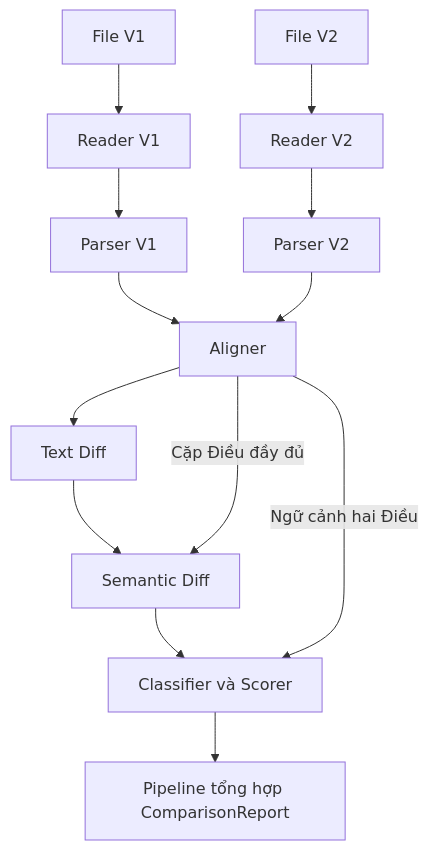
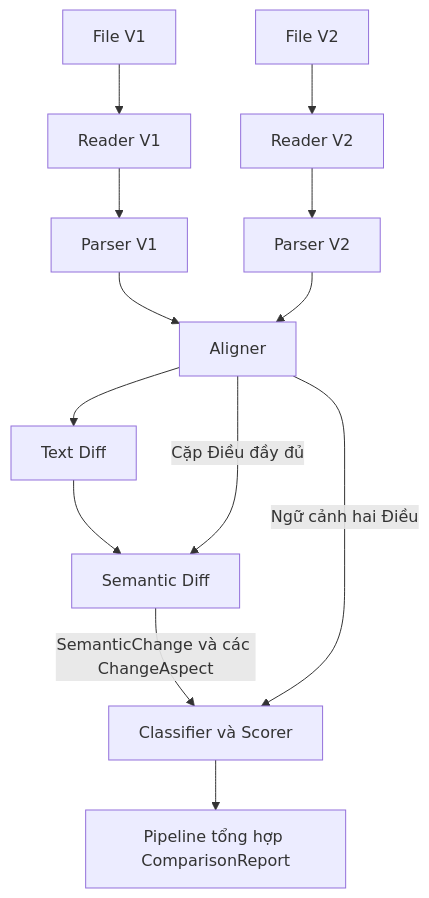
The second of 2 diagrams in docs/architecture.md (Lyra1603/group4_legal_document_change_detection), drawn with Mermaid before and after one commit. The commit also changed other lines of this file and 5 other files, not shown here.

````diff
--- a/docs/architecture.md
+++ b/docs/architecture.md
@@ -101,15 +103,15 @@
 ```mermaid
 flowchart TD
     V1["File V1"] --> R1["Reader V1"]
     V2["File V2"] --> R2["Reader V2"]
     R1 --> P1["Parser V1"]
     R2 --> P2["Parser V2"]
     P1 --> A["Aligner"]
     P2 --> A
     A --> T["Text Diff"]
     T --> S["Semantic Diff"]
     A -->|"Cặp Điều đầy đủ"| S
-    S --> C["Classifier và Scorer"]
+    S -->|"SemanticChange và các ChangeAspect"| C["Classifier và Scorer"]
     A -->|"Ngữ cảnh hai Điều"| C
     C --> REPORT["Pipeline tổng hợp ComparisonReport"]
 ```
````
